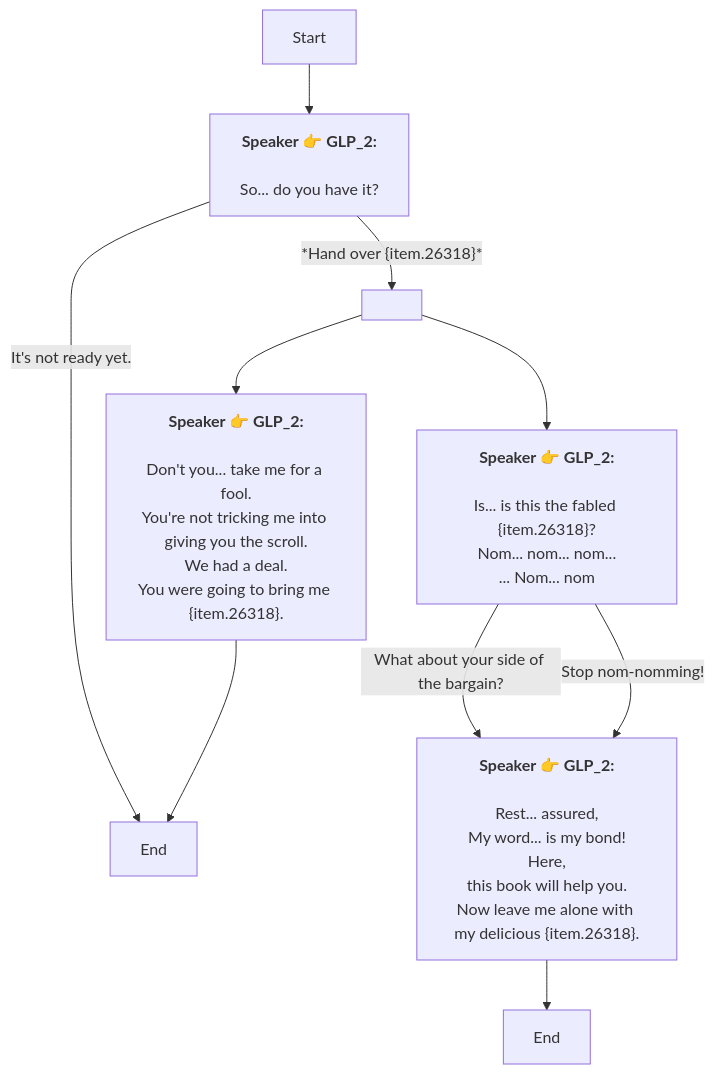
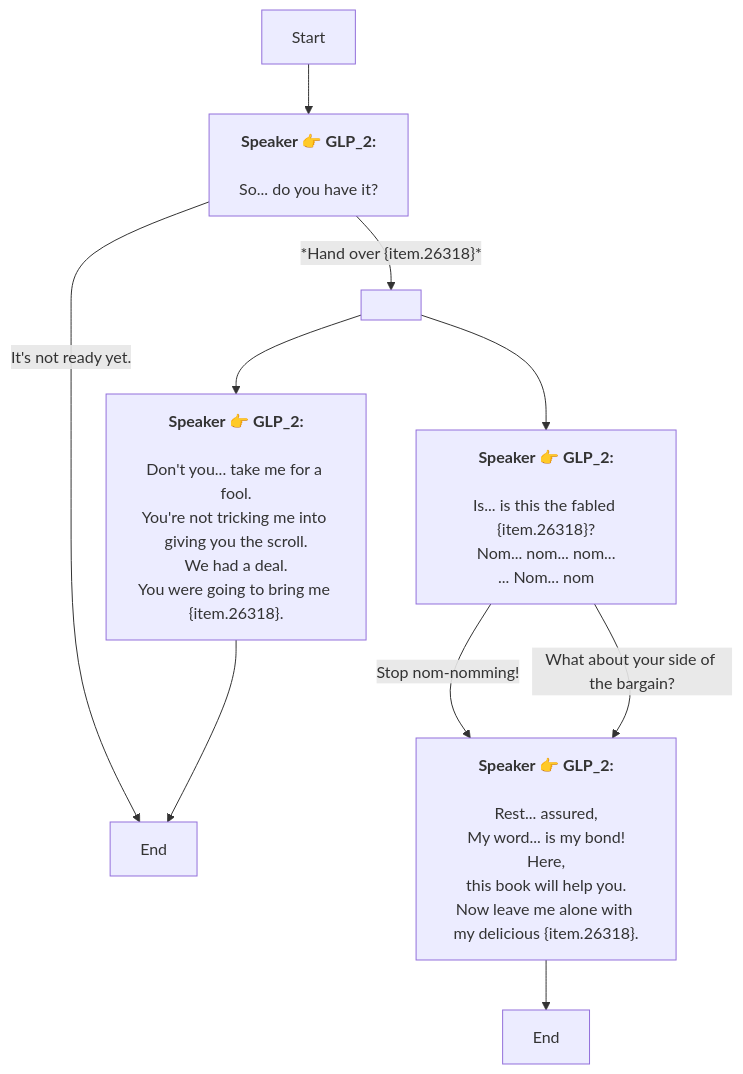
The diagram in En/QuestNPCDeliveryENode_1762067301250833.md (SoftHu/tos_avg), drawn with Mermaid before and after one commit. The commit also changed other lines of this file and 780 other files, not shown here.

````diff
--- a/En/QuestNPCDeliveryENode_1762067301250833.md
+++ b/En/QuestNPCDeliveryENode_1762067301250833.md
@@ -1,27 +1,27 @@
 ```mermaid
 graph
 Start -->1762069650172705[<b>Speaker 👉 GLP_2:</b>
 \nSo... do you have it?]
+1762069650172705 -->|It's not ready yet.|1762068838364960[End]
 1762069650172705 -->|*Hand over &lbrace;item.26318&rbrace;*|1762068673981213[ ]
-1762069650172705 -->|It's not ready yet.|1762068838364960[End]
-1762068673981213 -->1762067883431701[<b>Speaker 👉 GLP_2:</b>
-\nIs... is this the fabled &lbrace;item.26318&rbrace;?\nNom... nom... nom...
-... Nom... nom]
 1762068673981213 -->1762068724088607[<b>Speaker 👉 GLP_2:</b>
 \nDon't you... take me for a fool.
 You're not tricking me into giving you the scroll.\nWe had a deal.
 You were going to bring me &lbrace;item.26318&rbrace;.]
-1762067883431701 -->|What about your side of the bargain?|1762068295738139[<b>Speaker 👉 GLP_2:</b>
+1762068673981213 -->1762067883431701[<b>Speaker 👉 GLP_2:</b>
+\nIs... is this the fabled &lbrace;item.26318&rbrace;?\nNom... nom... nom...
+... Nom... nom]
+1762067883431701 -->|Stop nom-nomming!|1762068295738139[<b>Speaker 👉 GLP_2:</b>
 \nRest... assured,
 My word... is my bond!\nHere,
 this book will help you.
 Now leave me alone with my delicious &lbrace;item.26318&rbrace;.]
-1762067883431701 -->|Stop nom-nomming!|1762068295738139[<b>Speaker 👉 GLP_2:</b>
+1762067883431701 -->|What about your side of the bargain?|1762068295738139[<b>Speaker 👉 GLP_2:</b>
 \nRest... assured,
 My word... is my bond!\nHere,
 this book will help you.
 Now leave me alone with my delicious &lbrace;item.26318&rbrace;.]
 1762068295738139 -->1762068710496030[End]
 1762068724088607 -->1762068838364960[End]
 
 ```
````
